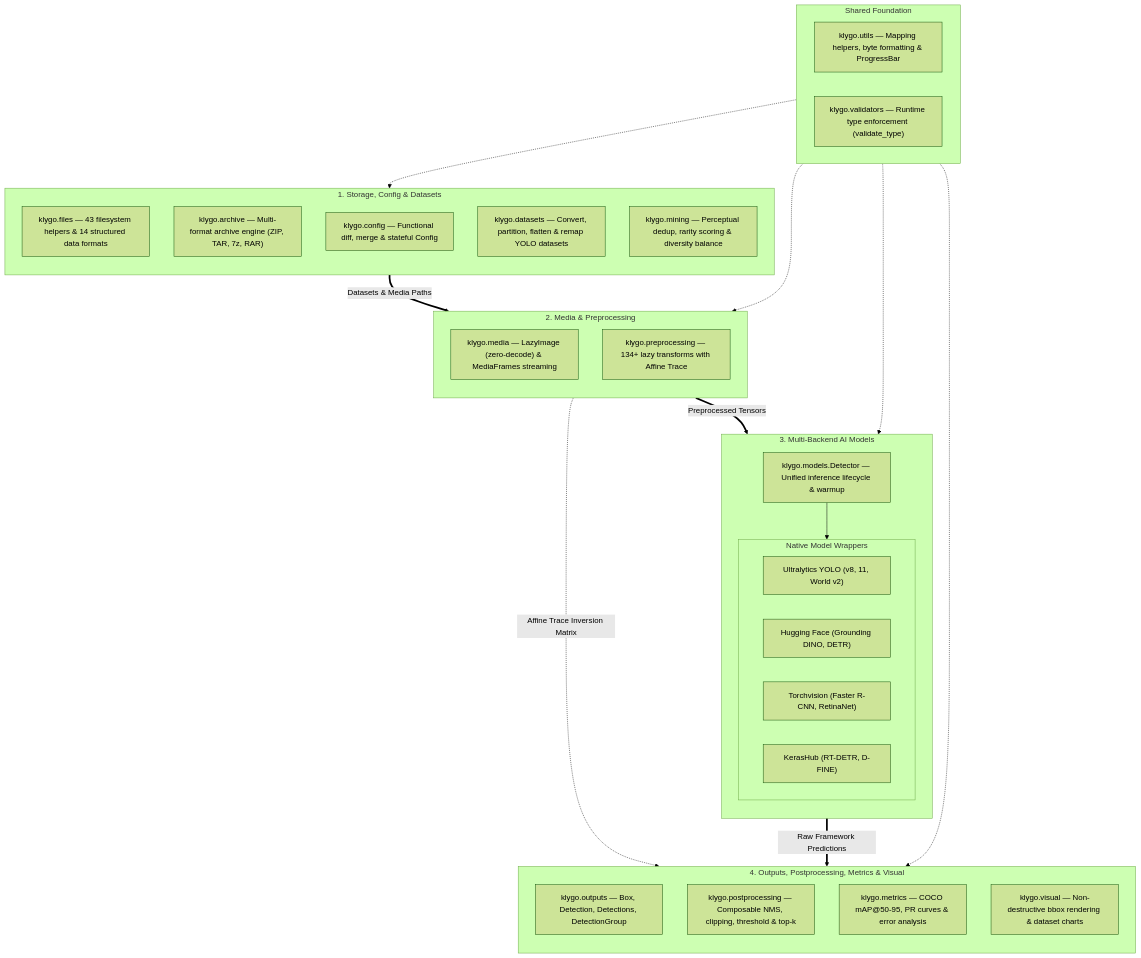
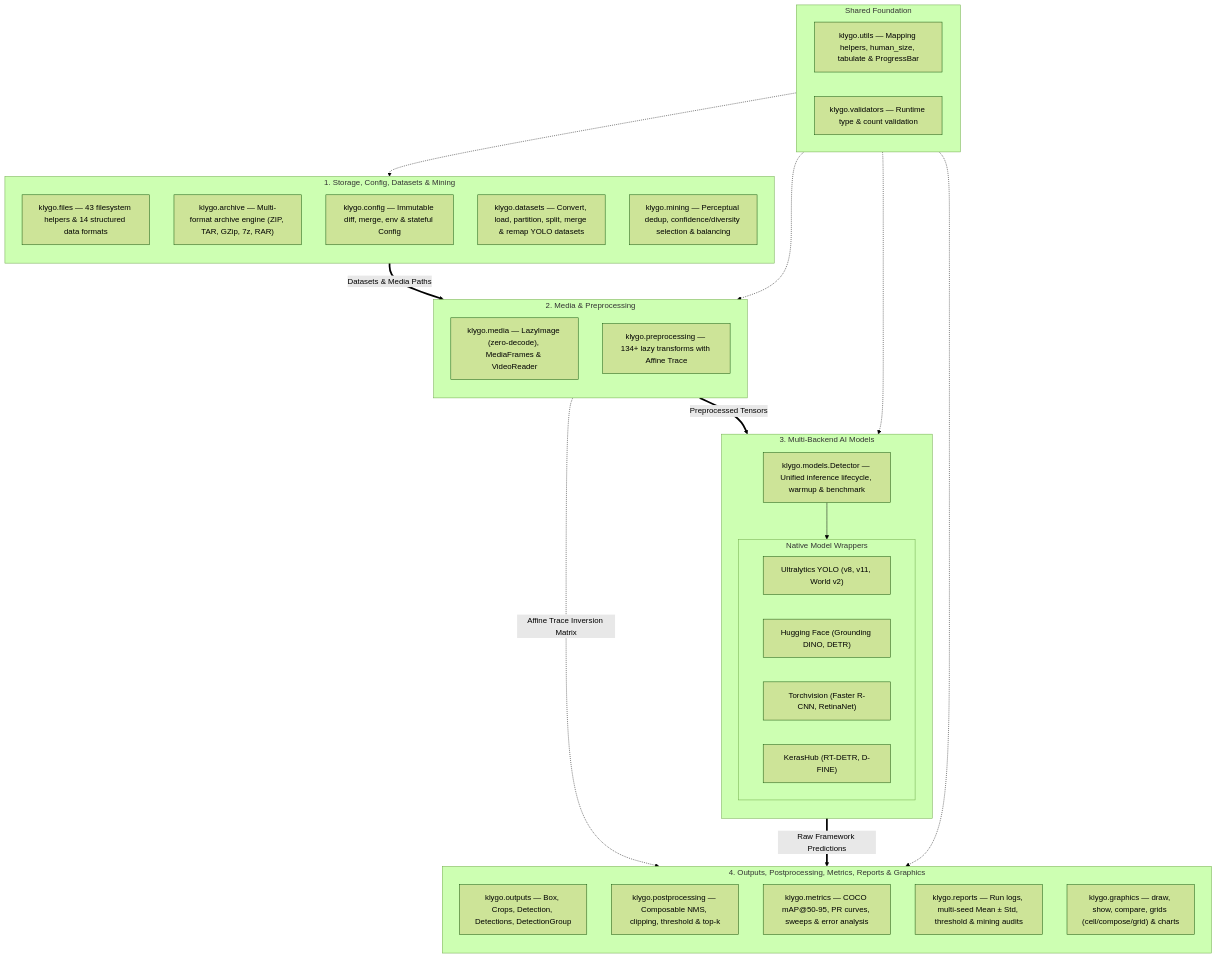
Before and after one commit to IchigoMazone/klygo: the diagram in README.md, drawn with Mermaid (forest theme). The commit also changed other lines of this file and 81 other files, not shown here.

Commit message:
refactor(graphics,reports): streamline public APIs, remove legacy visual, harden validation, and update docs/tutorials

````diff
--- a/README.md
+++ b/README.md
@@ -63,54 +81,54 @@
 ```mermaid
 flowchart TD
-    subgraph L1["1. Storage, Config & Datasets"]
+    subgraph L1["1. Storage, Config, Datasets & Mining"]
         direction TB
         files["klygo.files — 43 filesystem helpers & 14 structured data formats"]
-        archive["klygo.archive — Multi-format archive engine (ZIP, TAR, 7z, RAR)"]
-        config["klygo.config — Functional diff, merge & stateful Config"]
-        datasets["klygo.datasets — Convert, partition, flatten & remap YOLO datasets"]
-        mining["klygo.mining — Perceptual dedup, rarity scoring & diversity balance"]
+        archive["klygo.archive — Multi-format archive engine (ZIP, TAR, GZip, 7z, RAR)"]
+        config["klygo.config — Immutable diff, merge, env & stateful Config"]
+        datasets["klygo.datasets — Convert, load, partition, split, merge & remap YOLO datasets"]
+        mining["klygo.mining — Perceptual dedup, confidence/diversity selection & balancing"]
     end
 
     subgraph L2["2. Media & Preprocessing"]
         direction TB
-        media["klygo.media — LazyImage (zero-decode) & MediaFrames streaming"]
+        media["klygo.media — LazyImage (zero-decode), MediaFrames & VideoReader"]
         prep["klygo.preprocessing — 134+ lazy transforms with Affine Trace"]
     end
 
     subgraph L3["3. Multi-Backend AI Models"]
         direction TB
-        detector["klygo.models.Detector — Unified inference lifecycle & warmup"]
+        detector["klygo.models.Detector — Unified inference lifecycle, warmup & benchmark"]
         subgraph Backends["Native Model Wrappers"]
             direction LR
-            ultra["Ultralytics YOLO (v8, 11, World v2)"]
+            ultra["Ultralytics YOLO (v8, v11, World v2)"]
             hf["Hugging Face (Grounding DINO, DETR)"]
             torch["Torchvision (Faster R-CNN, RetinaNet)"]
             keras["KerasHub (RT-DETR, D-FINE)"]
         end
         detector --> Backends
     end
 
-    subgraph L4["4. Outputs, Postprocessing, Metrics & Visual"]
+    subgraph L4["4. Outputs, Postprocessing, Metrics, Reports & Graphics"]
         direction TB
-        outputs["klygo.outputs — Box, Detection, Detections, DetectionGroup"]
+        outputs["klygo.outputs — Box, Crops, Detection, Detections, DetectionGroup"]
         post["klygo.postprocessing — Composable NMS, clipping, threshold & top-k"]
-        metrics["klygo.metrics — COCO mAP@50-95, PR curves & error analysis"]
-        visual["klygo.visual — Non-destructive bbox rendering & dataset charts"]
+        metrics["klygo.metrics — COCO mAP@50-95, PR curves, sweeps & error analysis"]
+        reports["klygo.reports — Run logs, multi-seed Mean ± Std, threshold & mining audits"]
+        graphics["klygo.graphics — draw, show, compare, grids (cell/compose/grid) & charts"]
     end
 
     subgraph Foundation["Shared Foundation"]
         direction LR
-        utils["klygo.utils — Mapping helpers, byte formatting & ProgressBar"]
-        validators["klygo.validators — Runtime type enforcement (validate_type)"]
+        utils["klygo.utils — Mapping helpers, human_size, tabulate & ProgressBar"]
+        validators["klygo.validators — Runtime type & count validation"]
     end
 
-    %% Pipeline Data Flow
     L1 ==>|Datasets & Media Paths| L2
     L2 ==>|Preprocessed Tensors| L3
     L2 -.->|Affine Trace Inversion Matrix| L4
     L3 ==>|Raw Framework Predictions| L4
     Foundation -.-> L1
     Foundation -.-> L2
     Foundation -.-> L3
     Foundation -.-> L4
 ```
````
